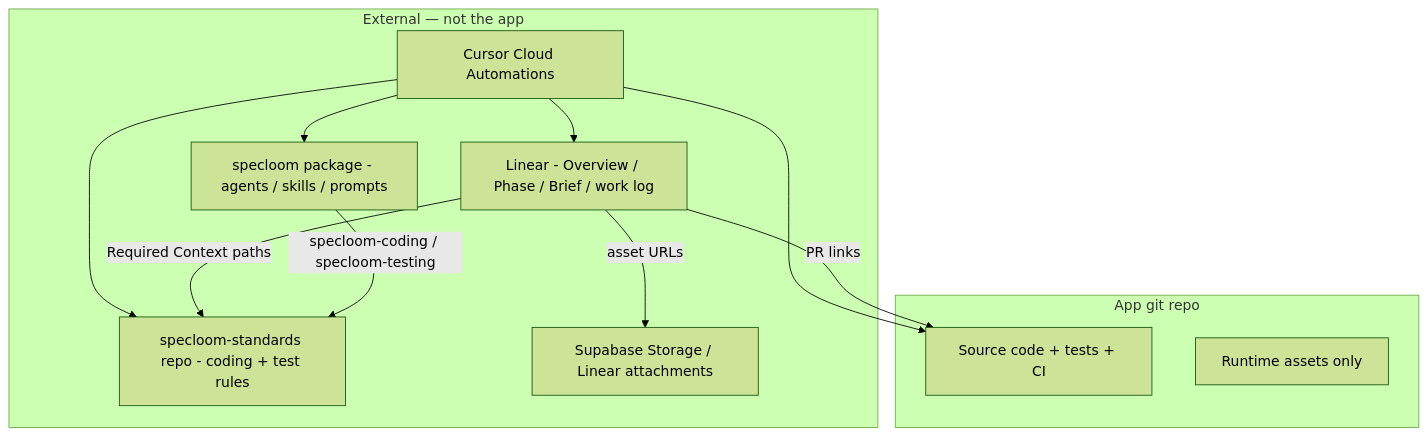
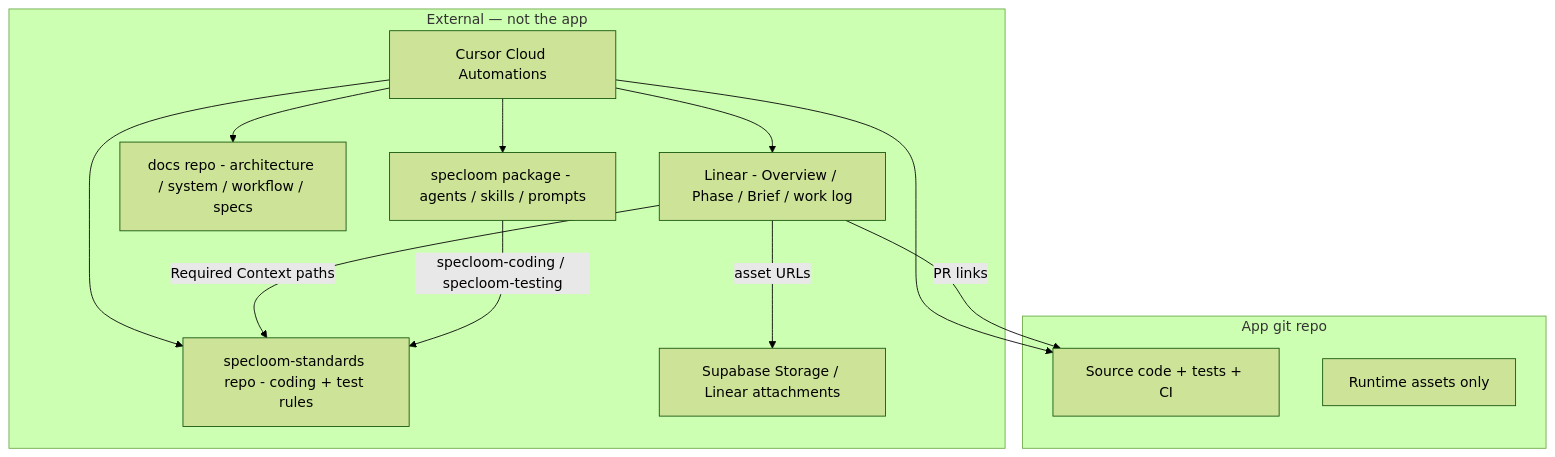
One commit to AIHeart-Professional/specloom changed the first of 4 diagrams in WORKFLOW-LINEAR.md. Above: the diagram before and after it, drawn with Mermaid (forest theme). The commit also changed other lines of this file and 39 other files, not shown here.

First line of the commit message:
feat(specloom): queue chain, ai-workflow-only, docs repo

````diff
--- a/WORKFLOW-LINEAR.md
+++ b/WORKFLOW-LINEAR.md
@@ -31,24 +32,26 @@
 ```mermaid
 flowchart TB
   subgraph external["External — not the app"]
     LIN[Linear - Overview / Phase / Brief / work log]
     STD[specloom-standards repo - coding + test rules]
+    DOCS[docs repo - architecture / system / workflow / specs]
     PKG[specloom package - agents / skills / prompts]
     CLOUD_ASSETS[Supabase Storage / Linear attachments]
     AUTO[Cursor Cloud Automations]
   end
 
   subgraph app["App git repo"]
     SRC[Source code + tests + CI]
     ASSETS[Runtime assets only]
   end
 
   AUTO --> LIN
   AUTO --> STD
+  AUTO --> DOCS
   AUTO --> PKG
   AUTO --> SRC
   LIN -->|Required Context paths| STD
   LIN -->|asset URLs| CLOUD_ASSETS
   LIN -->|PR links| SRC
   PKG -->|specloom-coding / specloom-testing| STD
 ```
````
